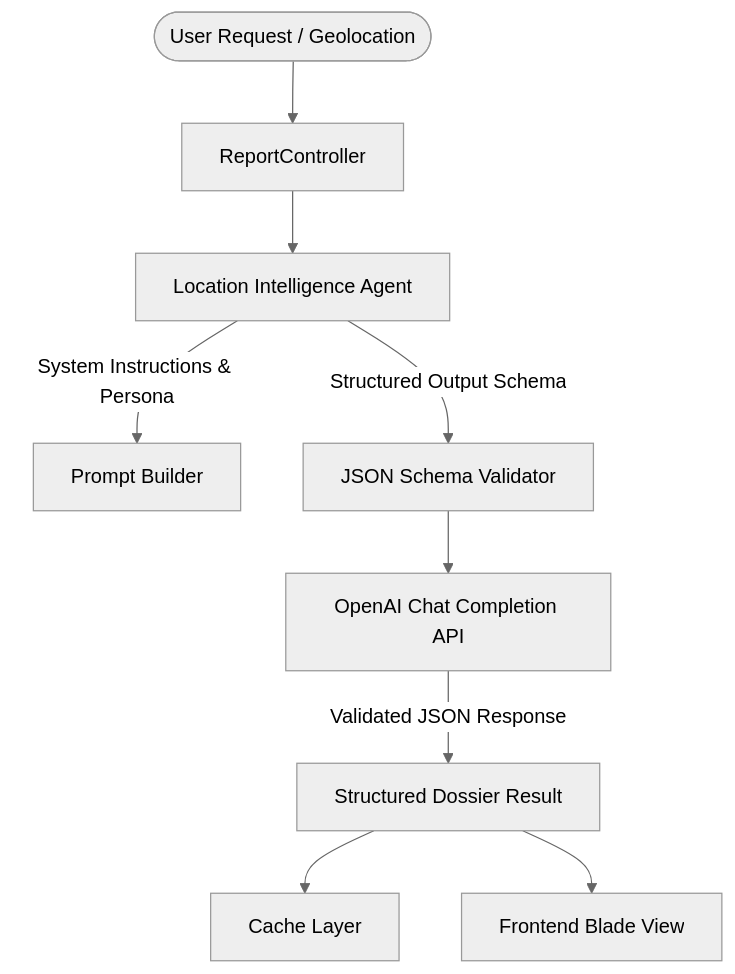
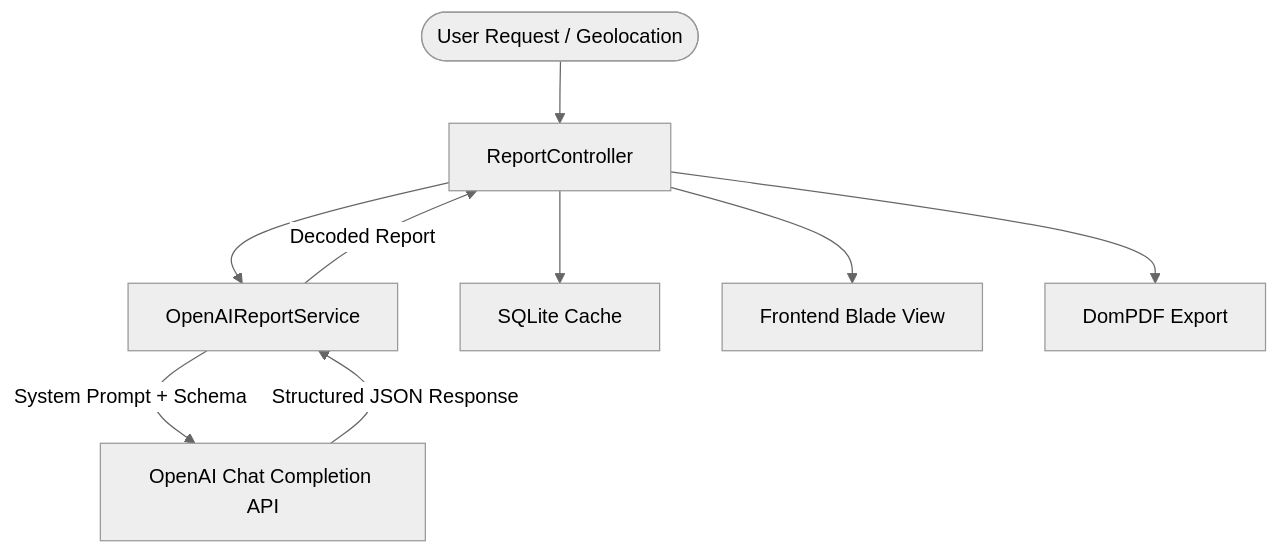
The first of 2 diagrams in AGENTS.md (Atia-Farha/PlacePulse-AI), drawn with Mermaid (neutral theme) before and after one commit. The commit also changed other lines of this file and 3 other files, not shown here.

First line of the commit message:
docs: enhance documentation with schema details and API specifications

````diff
--- a/AGENTS.md
+++ b/AGENTS.md
@@ -11,11 +11,11 @@
 ```mermaid
 graph TD
     User([User Request / Geolocation]) --> Controller[ReportController]
-    Controller --> Agent[Location Intelligence Agent]
-    Agent -->|System Instructions & Persona| PromptBuilder[Prompt Builder]
-    Agent -->|Structured Output Schema| SchemaValidator[JSON Schema Validator]
-    SchemaValidator --> OpenAI[OpenAI Chat Completion API]
-    OpenAI -->|Validated JSON Response| Dossier[Structured Dossier Result]
-    Dossier --> Cache[Cache Layer]
-    Dossier --> View[Frontend Blade View]
+    Controller --> Service[OpenAIReportService]
+    Service -->|System Prompt + Schema| OpenAI[OpenAI Chat Completion API]
+    OpenAI -->|Structured JSON Response| Service
+    Service -->|Decoded Report| Controller
+    Controller --> Cache[SQLite Cache]
+    Controller --> View[Frontend Blade View]
+    Controller --> PDF[DomPDF Export]
 ```
````
